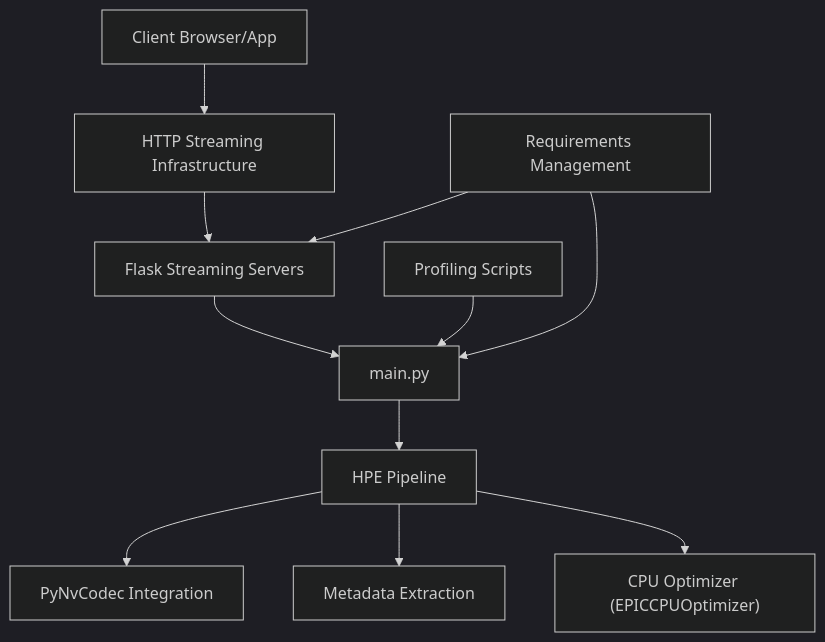
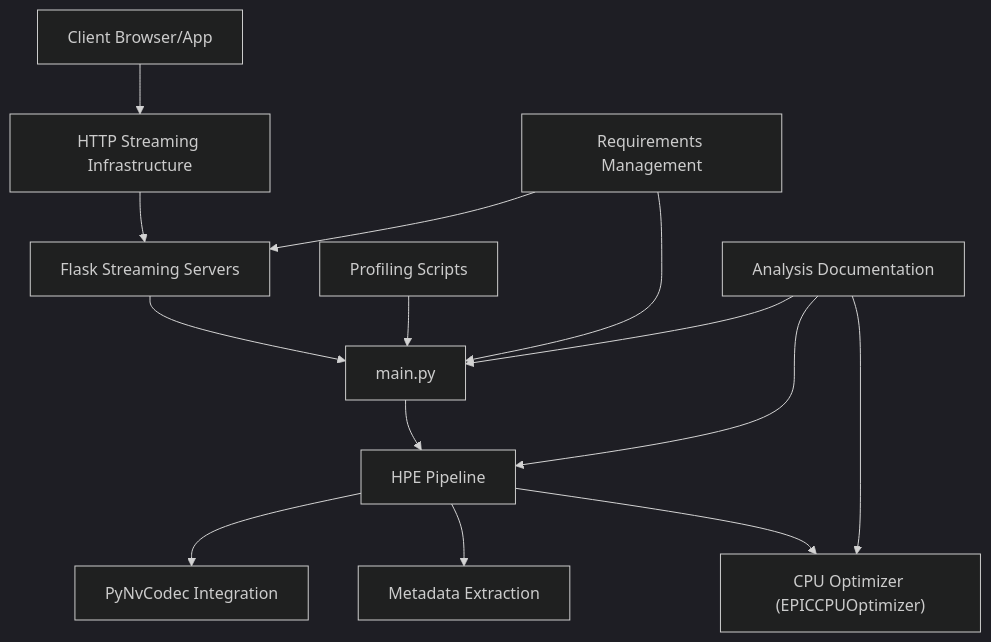
One commit to Fogus-Gr/MeasurementsDTs changed the second of 14 diagrams in .qoder/repowiki/en/content/Development Tools/Development Tools.md. Above: the diagram before and after it, drawn with Mermaid (dark theme). The commit also changed other lines of this file and 14 other files, not shown here.

````diff
--- a/.qoder/repowiki/en/content/Development Tools/Development Tools.md
+++ b/.qoder/repowiki/en/content/Development Tools/Development Tools.md
@@ -218,23 +268,27 @@
 ```mermaid
 graph TB
 Client["Client Browser/App"]
 HTTPStream["HTTP Streaming Infrastructure"]
 DevServers["Flask Streaming Servers"]
 Main["main.py"]
 HPE["HPE Pipeline"]
 PyNvCodec["PyNvCodec Integration"]
 Metadata["Metadata Extraction"]
 Optimizer["CPU Optimizer (EPICCPUOptimizer)"]
 Profilers["Profiling Scripts"]
 Requirements["Requirements Management"]
+AnalysisDocs["Analysis Documentation"]
 Client --> HTTPStream
 HTTPStream --> DevServers
 DevServers --> Main
 Main --> HPE
 HPE --> PyNvCodec
 HPE --> Metadata
 HPE --> Optimizer
 Profilers --> Main
 Requirements --> Main
 Requirements --> DevServers
+AnalysisDocs --> Main
+AnalysisDocs --> HPE
+AnalysisDocs --> Optimizer
 ```
````
